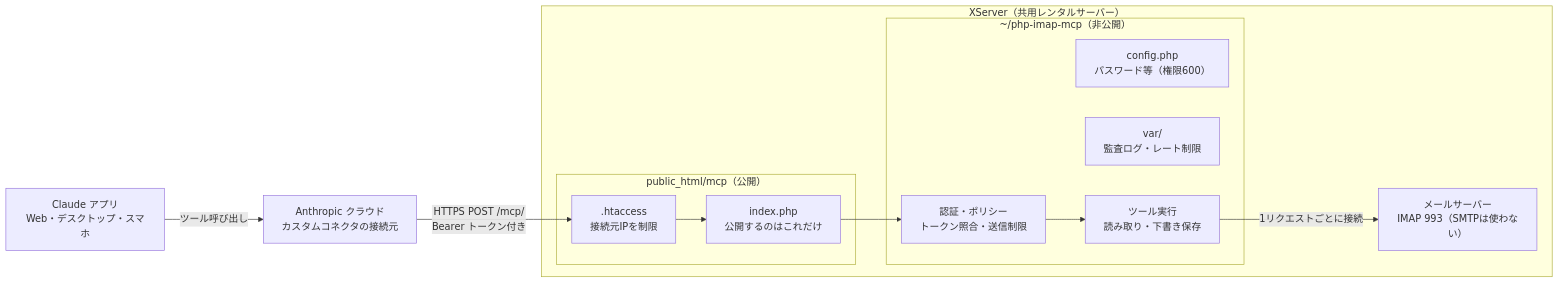
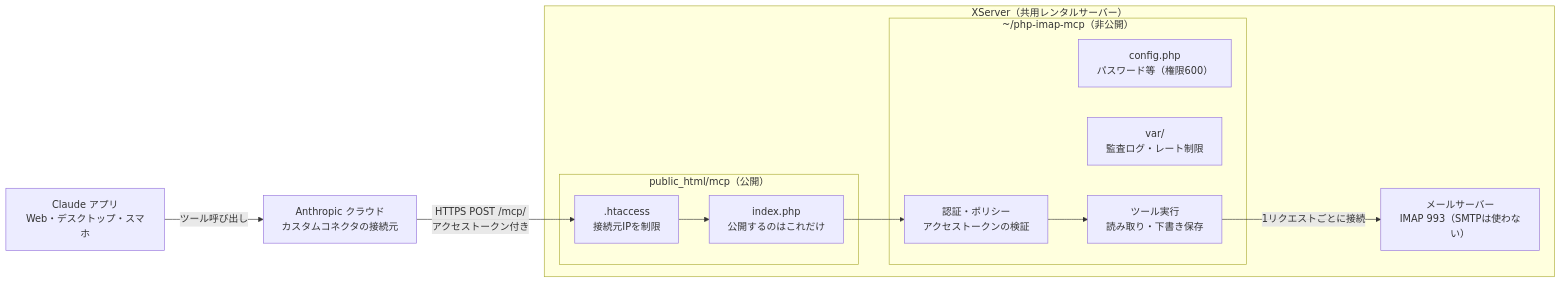
The diagram in docs/SPEC.md (cartwright-jp/php-imap-mcp), drawn with Mermaid before and after one commit. The commit also changed other lines of this file and 40 other files, not shown here.

````diff
--- a/docs/SPEC.md
+++ b/docs/SPEC.md
@@ -80,19 +80,19 @@
 ```mermaid
 flowchart LR
     app["Claude アプリ<br/>Web・デスクトップ・スマホ"] -- ツール呼び出し --> cloud["Anthropic クラウド<br/>カスタムコネクタの接続元"]
     subgraph xs["XServer（共用レンタルサーバー）"]
         subgraph pub["public_html/mcp（公開）"]
             ht[".htaccess<br/>接続元IPを制限"] --> idx["index.php<br/>公開するのはこれだけ"]
         end
         subgraph priv["~/php-imap-mcp（非公開）"]
             cfg["config.php<br/>パスワード等（権限600）"]
             var["var/<br/>監査ログ・レート制限"]
-            auth["認証・ポリシー<br/>トークン照合・送信制限"]
+            auth["認証・ポリシー<br/>アクセストークンの検証"]
             tools["ツール実行<br/>読み取り・下書き保存"]
         end
         mail["メールサーバー<br/>IMAP 993（SMTPは使わない）"]
     end
-    cloud -- "HTTPS POST /mcp/<br/>Bearer トークン付き" --> ht
+    cloud -- "HTTPS POST /mcp/<br/>アクセストークン付き" --> ht
     idx --> auth --> tools
     tools -- 1リクエストごとに接続 --> mail
 ```
````
